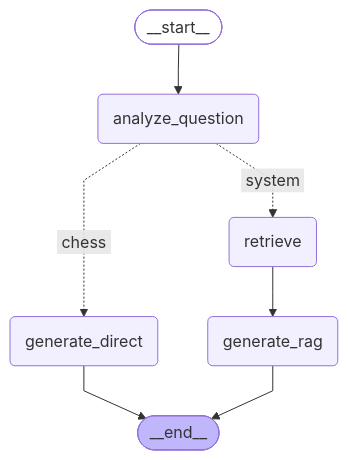
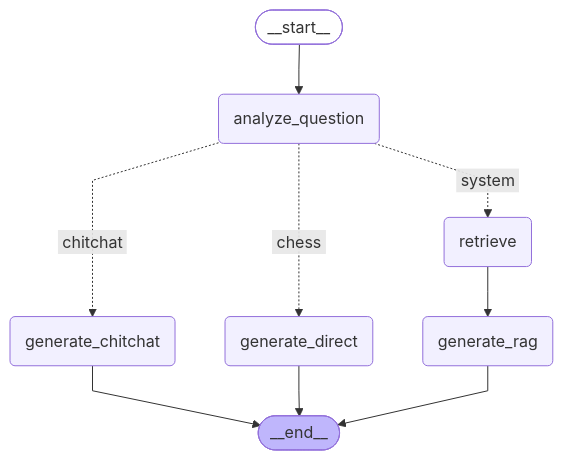
One commit to ximofam/web_game_chess_online changed the diagram in ai-service/docs/graph.md. Above: the diagram before and after it, drawn with Mermaid. The commit also changed 9 other files, not shown here.

````diff
--- a/ai-service/docs/graph.md
+++ b/ai-service/docs/graph.md
@@ -3,23 +3,26 @@
 ```mermaid
 ---
 config:
   flowchart:
     curve: linear
 ---
 graph TD;
 	__start__([<p>__start__</p>]):::first
 	analyze_question(analyze_question)
 	retrieve(retrieve)
 	generate_rag(generate_rag)
 	generate_direct(generate_direct)
+	generate_chitchat(generate_chitchat)
 	__end__([<p>__end__</p>]):::last
 	__start__ --> analyze_question;
+	analyze_question -. &nbsp;chitchat&nbsp; .-> generate_chitchat;
 	analyze_question -. &nbsp;chess&nbsp; .-> generate_direct;
 	analyze_question -. &nbsp;system&nbsp; .-> retrieve;
 	retrieve --> generate_rag;
+	generate_chitchat --> __end__;
 	generate_direct --> __end__;
 	generate_rag --> __end__;
 	classDef default fill:#f2f0ff,line-height:1.2
 	classDef first fill-opacity:0
 	classDef last fill:#bfb6fc
 ```
````
